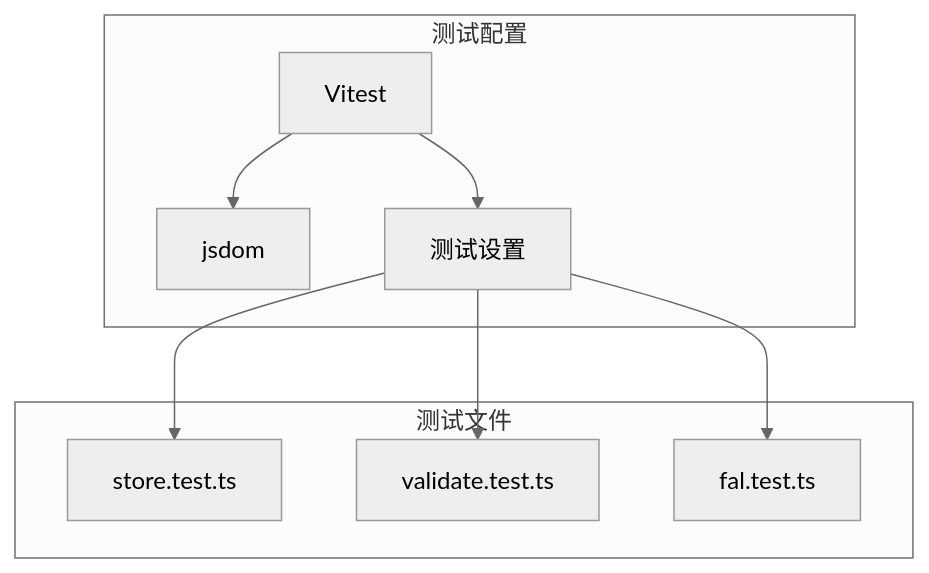
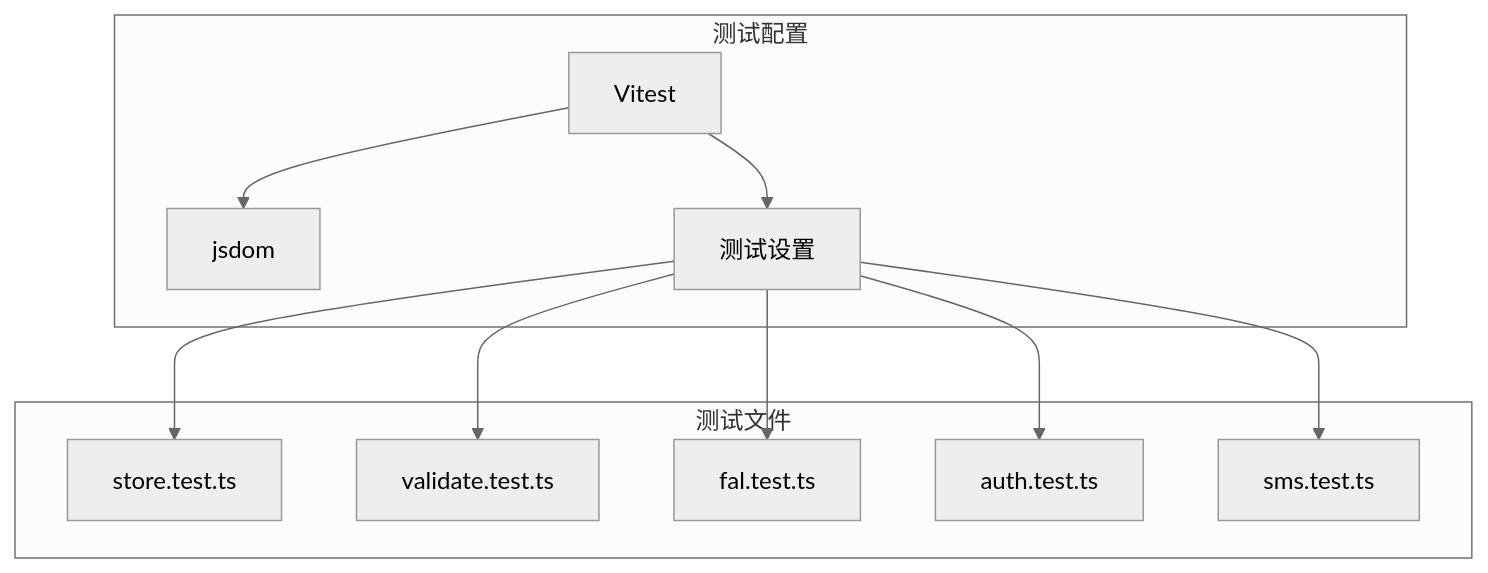
One commit to billye220670/BananaFlow2 changed diagram 16 of 16 in .qoder/repowiki/zh/content/Dependency Management.md. Above: the diagram before and after it, drawn with Mermaid (neutral theme). The commit also changed other lines of this file and 6 other files, not shown here.

````diff
--- a/.qoder/repowiki/zh/content/Dependency Management.md
+++ b/.qoder/repowiki/zh/content/Dependency Management.md
@@ -486,18 +715,22 @@
 ```mermaid
 graph TB
 subgraph "测试配置"
 VITEST[Vitest]
 JSDOM[jsdom]
 SETUP[测试设置]
 end
 subgraph "测试文件"
 STORE_TEST[store.test.ts]
 VALIDATE_TEST[validate.test.ts]
 FAL_TEST[fal.test.ts]
+AUTH_TEST[auth.test.ts]
+SMS_TEST[sms.test.ts]
 end
 VITEST --> JSDOM
 VITEST --> SETUP
 SETUP --> STORE_TEST
 SETUP --> VALIDATE_TEST
 SETUP --> FAL_TEST
+SETUP --> AUTH_TEST
+SETUP --> SMS_TEST
 ```
````
